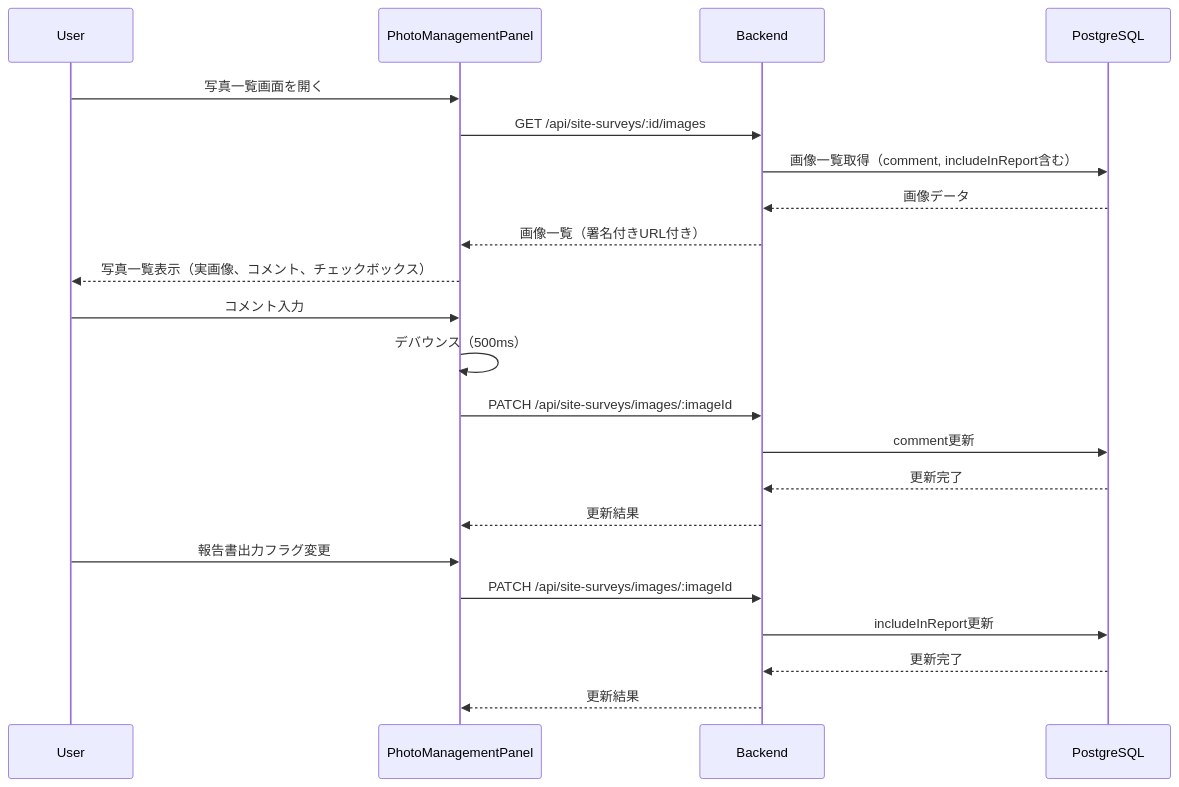
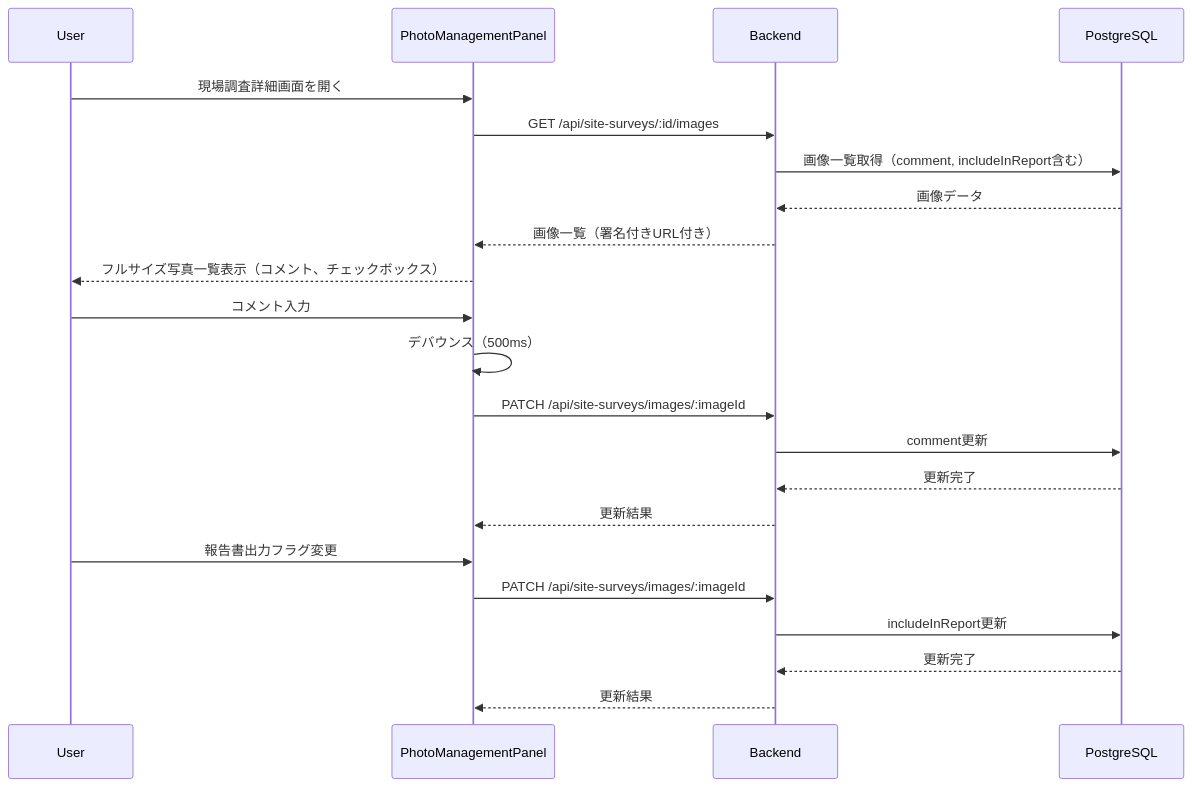
One commit to inakanou/ArchiTrack changed the fifth of 8 diagrams in .kiro/specs/site-survey/design.md. Above: the diagram before and after it, drawn with Mermaid. The commit also changed other lines of this file and 4 other files, not shown here.

````diff
--- a/.kiro/specs/site-survey/design.md
+++ b/.kiro/specs/site-survey/design.md
@@ -236,27 +236,27 @@
 ```mermaid
 sequenceDiagram
     participant User
     participant PhotoManagementPanel
     participant Backend
     participant PostgreSQL
 
-    User->>PhotoManagementPanel: 写真一覧画面を開く
+    User->>PhotoManagementPanel: 現場調査詳細画面を開く
     PhotoManagementPanel->>Backend: GET /api/site-surveys/:id/images
     Backend->>PostgreSQL: 画像一覧取得（comment, includeInReport含む）
     PostgreSQL-->>Backend: 画像データ
     Backend-->>PhotoManagementPanel: 画像一覧（署名付きURL付き）
-    PhotoManagementPanel-->>User: 写真一覧表示（実画像、コメント、チェックボックス）
+    PhotoManagementPanel-->>User: フルサイズ写真一覧表示（コメント、チェックボックス）
 
     User->>PhotoManagementPanel: コメント入力
     PhotoManagementPanel->>PhotoManagementPanel: デバウンス（500ms）
     PhotoManagementPanel->>Backend: PATCH /api/site-surveys/images/:imageId
     Backend->>PostgreSQL: comment更新
     PostgreSQL-->>Backend: 更新完了
     Backend-->>PhotoManagementPanel: 更新結果
 
     User->>PhotoManagementPanel: 報告書出力フラグ変更
     PhotoManagementPanel->>Backend: PATCH /api/site-surveys/images/:imageId
     Backend->>PostgreSQL: includeInReport更新
     PostgreSQL-->>Backend: 更新完了
     Backend-->>PhotoManagementPanel: 更新結果
 ```
````
